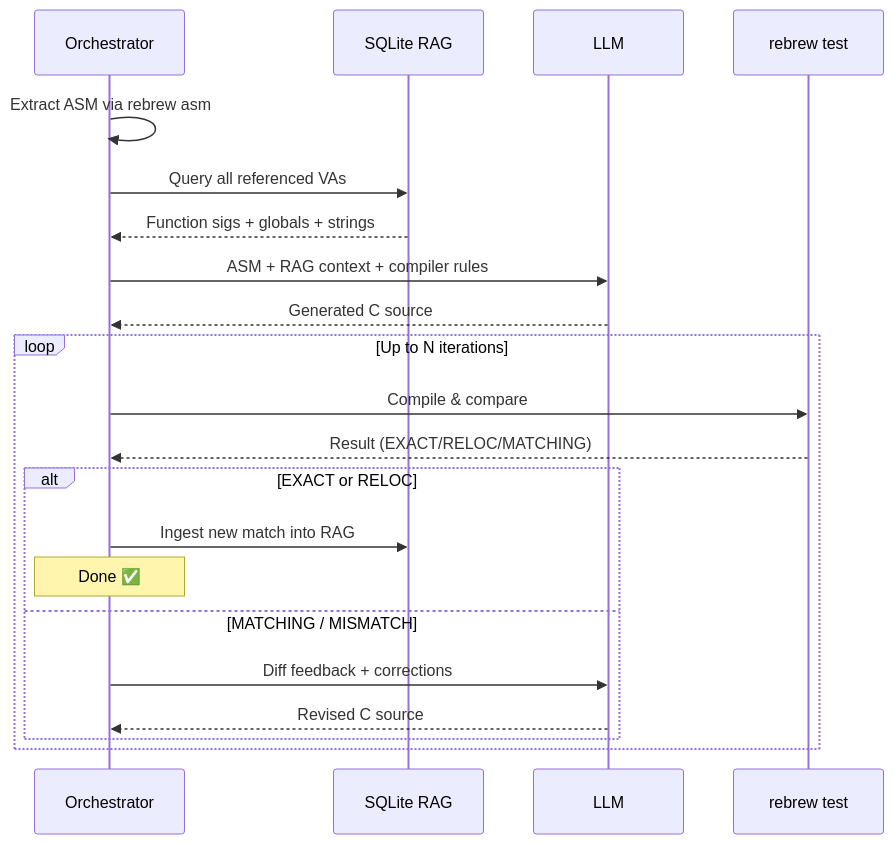
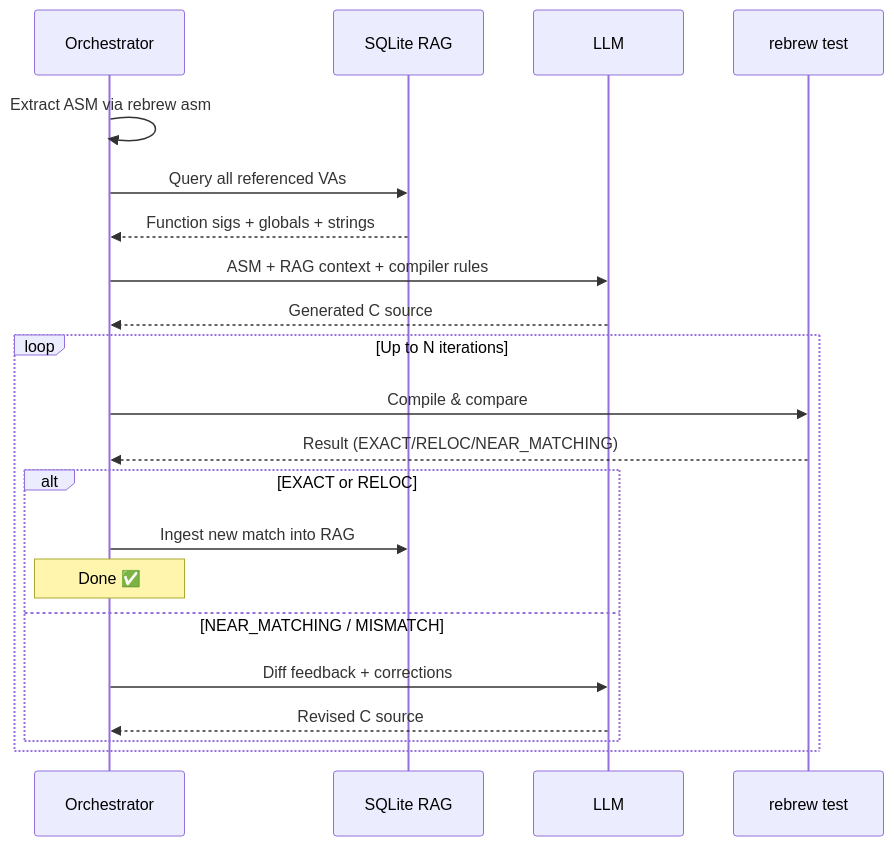
The sixth of 16 diagrams in docs/USER_STORIES.md (maci0/rebrew), drawn with Mermaid before and after one commit. The commit also changed other lines of this file and 81 other files, not shown here.

````diff
--- a/docs/USER_STORIES.md
+++ b/docs/USER_STORIES.md
@@ -181,25 +181,25 @@
 ```mermaid
 sequenceDiagram
     participant O as Orchestrator
     participant DB as SQLite RAG
     participant LLM as LLM
     participant T as rebrew test
 
     O->>O: Extract ASM via rebrew asm
     O->>DB: Query all referenced VAs
     DB-->>O: Function sigs + globals + strings
     O->>LLM: ASM + RAG context + compiler rules
     LLM-->>O: Generated C source
 
     loop Up to N iterations
         O->>T: Compile & compare
-        T-->>O: Result (EXACT/RELOC/MATCHING)
+        T-->>O: Result (EXACT/RELOC/NEAR_MATCHING)
         alt EXACT or RELOC
             O->>DB: Ingest new match into RAG
             Note over O: Done ✅
-        else MATCHING / MISMATCH
+        else NEAR_MATCHING / MISMATCH
             O->>LLM: Diff feedback + corrections
             LLM-->>O: Revised C source
         end
     end
 ```
````
